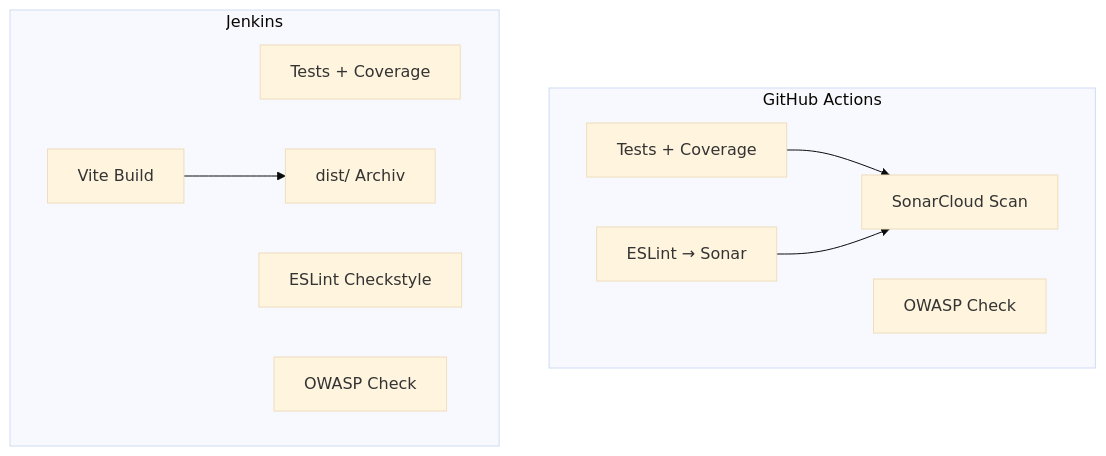
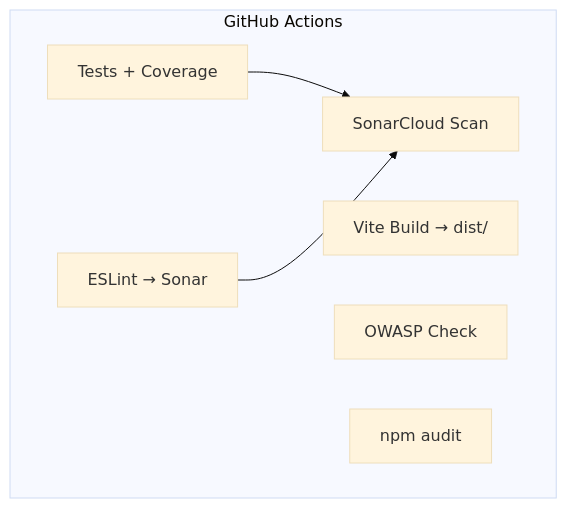
Before and after one commit to DocFaust/chordpro-converter: the fifth of 5 diagrams in docs/architecture.md, drawn with Mermaid (base theme). The commit also changed other lines of this file and 3 other files, not shown here.

````diff
--- a/docs/architecture.md
+++ b/docs/architecture.md
@@ -246,20 +238,13 @@
 ```mermaid
 flowchart TB
     subgraph GHA["GitHub Actions"]
         T1["Tests + Coverage"]
         L1["ESLint → Sonar"]
+        B1["Vite Build → dist/"]
+        S1["SonarCloud Scan"]
         O1["OWASP Check"]
-        S1["SonarCloud Scan"]
+        A1["npm audit"]
         T1 --> S1
         L1 --> S1
     end
-
-    subgraph Jenkins["Jenkins"]
-        T2["Tests + Coverage"]
-        L2["ESLint Checkstyle"]
-        B2["Vite Build"]
-        O2["OWASP Check"]
-        A2["dist/ Archiv"]
-        B2 --> A2
-    end
 ```
````
